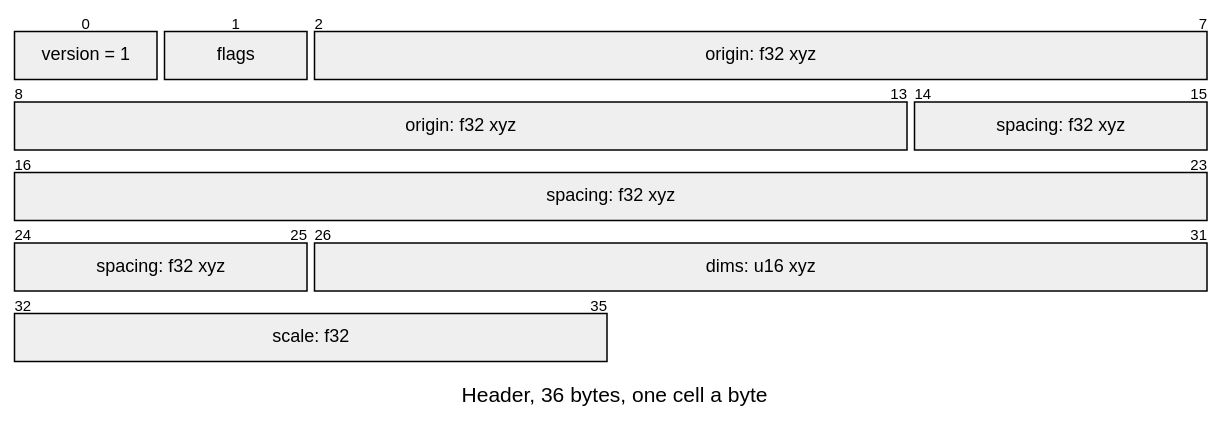
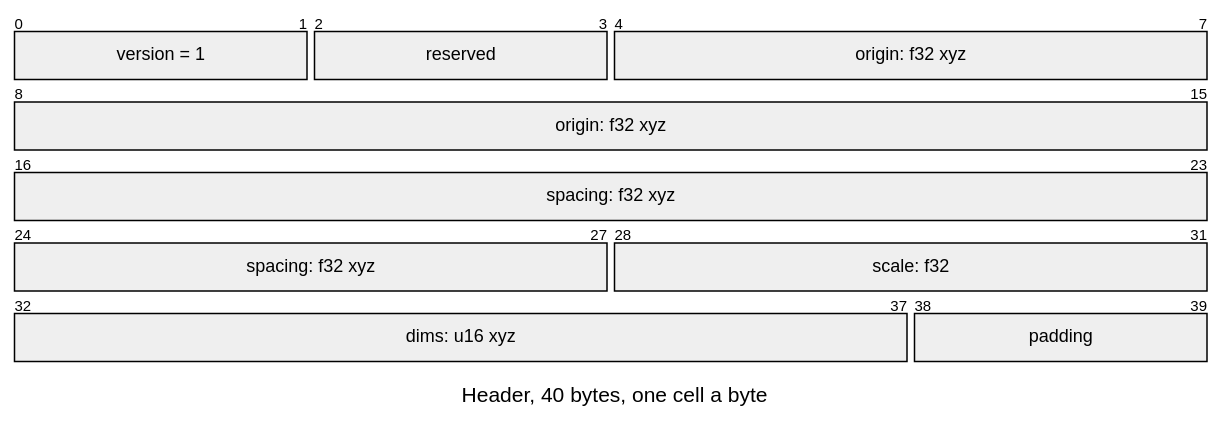
The first of 2 diagrams in docs/assets/formats/SHPR.md (jose-villegas/autana), drawn with Mermaid before and after one commit. The commit also changed other lines of this file and 7 other files, not shown here.

````diff
--- a/docs/assets/formats/SHPR.md
+++ b/docs/assets/formats/SHPR.md
@@ -7,17 +7,18 @@
 ```mermaid
 ---
 config:
-  themeCSS: "g:nth-of-type(2) rect:nth-of-type(1) { fill: #8fb3ee !important; } g:nth-of-type(2) rect:nth-of-type(2) { fill: #c7aaee !important; } g:nth-of-type(2) rect:nth-of-type(3) { fill: #e3e3e3 !important; } g:nth-of-type(3) rect:nth-of-type(1) { fill: #e3e3e3 !important; } g:nth-of-type(3) rect:nth-of-type(2) { fill: #e3e3e3 !important; } g:nth-of-type(4) rect:nth-of-type(1) { fill: #e3e3e3 !important; } g:nth-of-type(5) rect:nth-of-type(1) { fill: #e3e3e3 !important; } g:nth-of-type(5) rect:nth-of-type(2) { fill: #e3e3e3 !important; } g:nth-of-type(6) rect:nth-of-type(1) { fill: #e3e3e3 !important; } .packetLabel { fill: #1b1b1b !important; }"
+  themeCSS: "g:nth-of-type(2) rect:nth-of-type(1) { fill: #8fb3ee !important; } g:nth-of-type(2) rect:nth-of-type(2) { fill: #c7aaee !important; } g:nth-of-type(2) rect:nth-of-type(3) { fill: #a8d5a2 !important; } g:nth-of-type(3) rect { fill: #a8d5a2 !important; } g:nth-of-type(4) rect { fill: #9edbd5 !important; } g:nth-of-type(5) rect:nth-of-type(1) { fill: #9edbd5 !important; } g:nth-of-type(5) rect:nth-of-type(2) { fill: #f4df8a !important; } g:nth-of-type(6) rect:nth-of-type(1) { fill: #efbb8c !important; } g:nth-of-type(6) rect:nth-of-type(2) { fill: #e3e3e3 !important; } .packetLabel { fill: #1b1b1b !important; }"
   packet:
     bitsPerRow: 8
     bitWidth: 100
 ---
 packet-beta
-title Header, 36 bytes, one cell a byte
-0: "version = 1"
-1: "flags"
-2-13: "origin: f32 xyz"
-14-25: "spacing: f32 xyz"
-26-31: "dims: u16 xyz"
-32-35: "scale: f32"
+title Header, 40 bytes, one cell a byte
+0-1: "version = 1"
+2-3: "reserved"
+4-15: "origin: f32 xyz"
+16-27: "spacing: f32 xyz"
+28-31: "scale: f32"
+32-37: "dims: u16 xyz"
+38-39: "padding"
 ```
````
